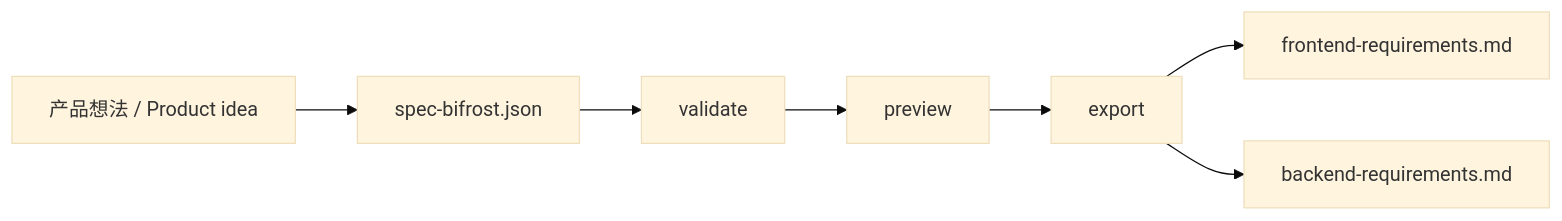
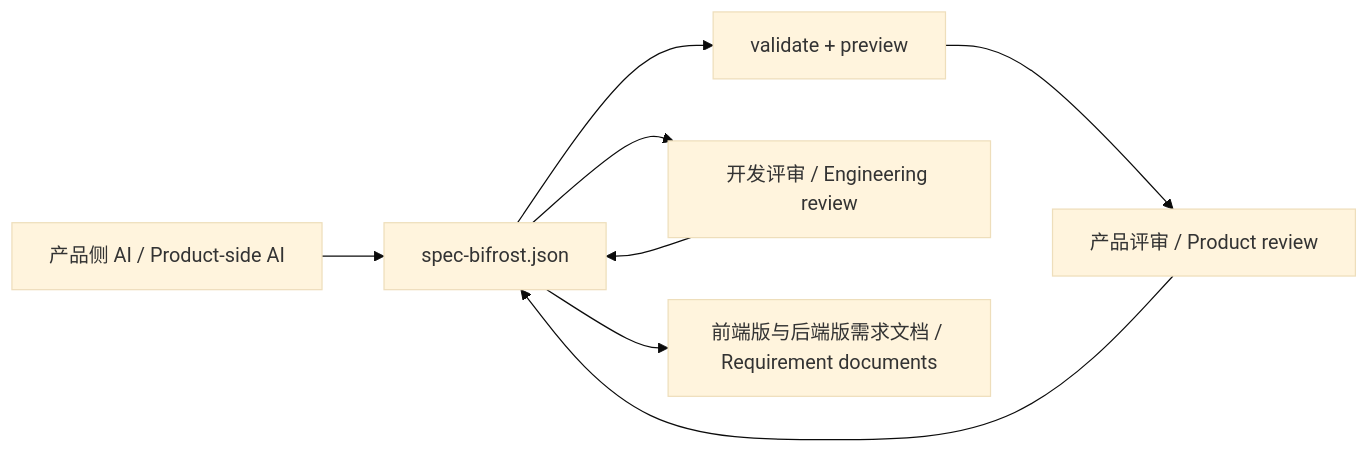
Before and after one commit to Liiaming/spec-bifrost: the diagram in plugins/spec-bifrost/README.md, drawn with Mermaid (base theme). The commit also changed other lines of this file and 2 other files, not shown here.

````diff
--- a/plugins/spec-bifrost/README.md
+++ b/plugins/spec-bifrost/README.md
@@ -19,9 +19,10 @@
 ```mermaid
 flowchart LR
-  A["产品想法 / Product idea"] --> B["spec-bifrost.json"]
-  B --> C["validate"]
-  C --> D["preview"]
-  D --> E["export"]
-  E --> F["frontend-requirements.md"]
-  E --> G["backend-requirements.md"]
+  A["产品侧 AI / Product-side AI"] --> B["spec-bifrost.json"]
+  B --> C["validate + preview"]
+  C --> D["产品评审 / Product review"]
+  D --> B
+  B --> E["开发评审 / Engineering review"]
+  E --> B
+  B --> F["前端版与后端版需求文档 / Requirement documents"]
 ```
````
